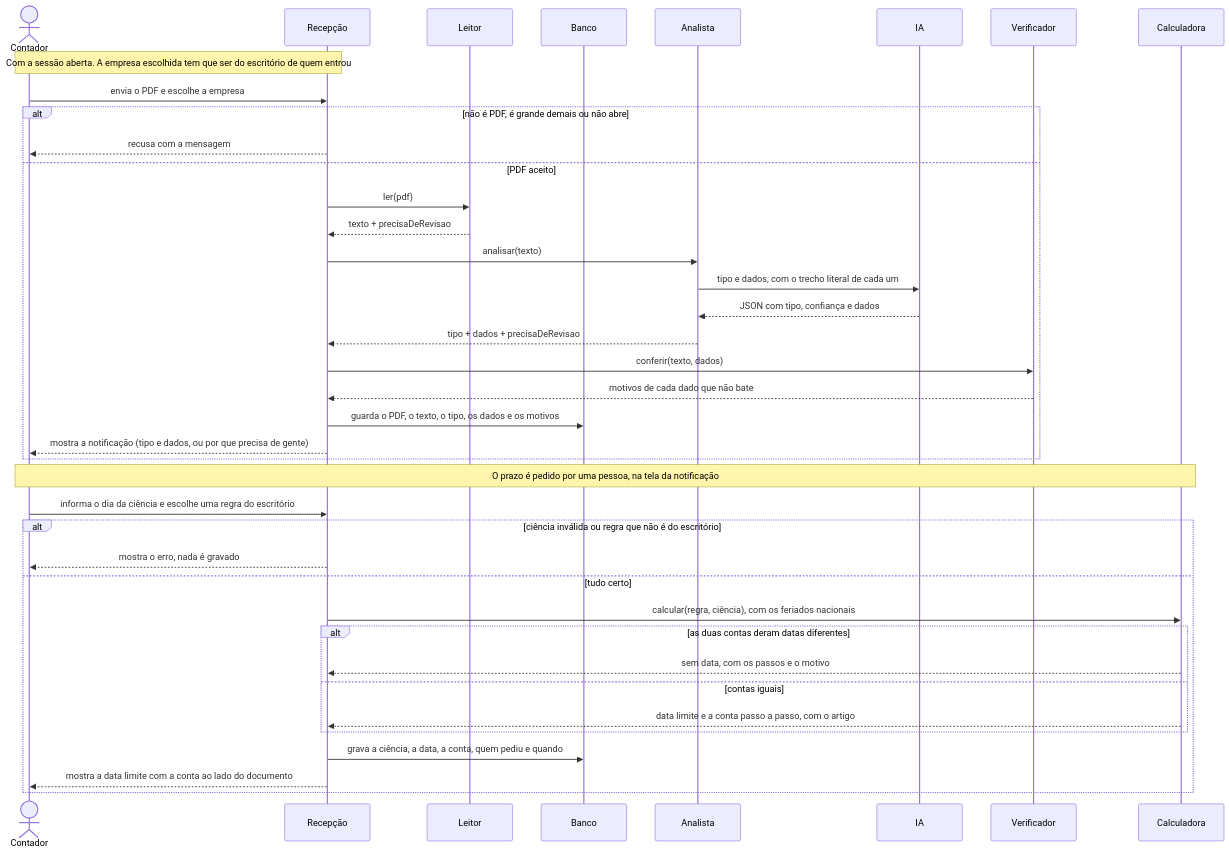
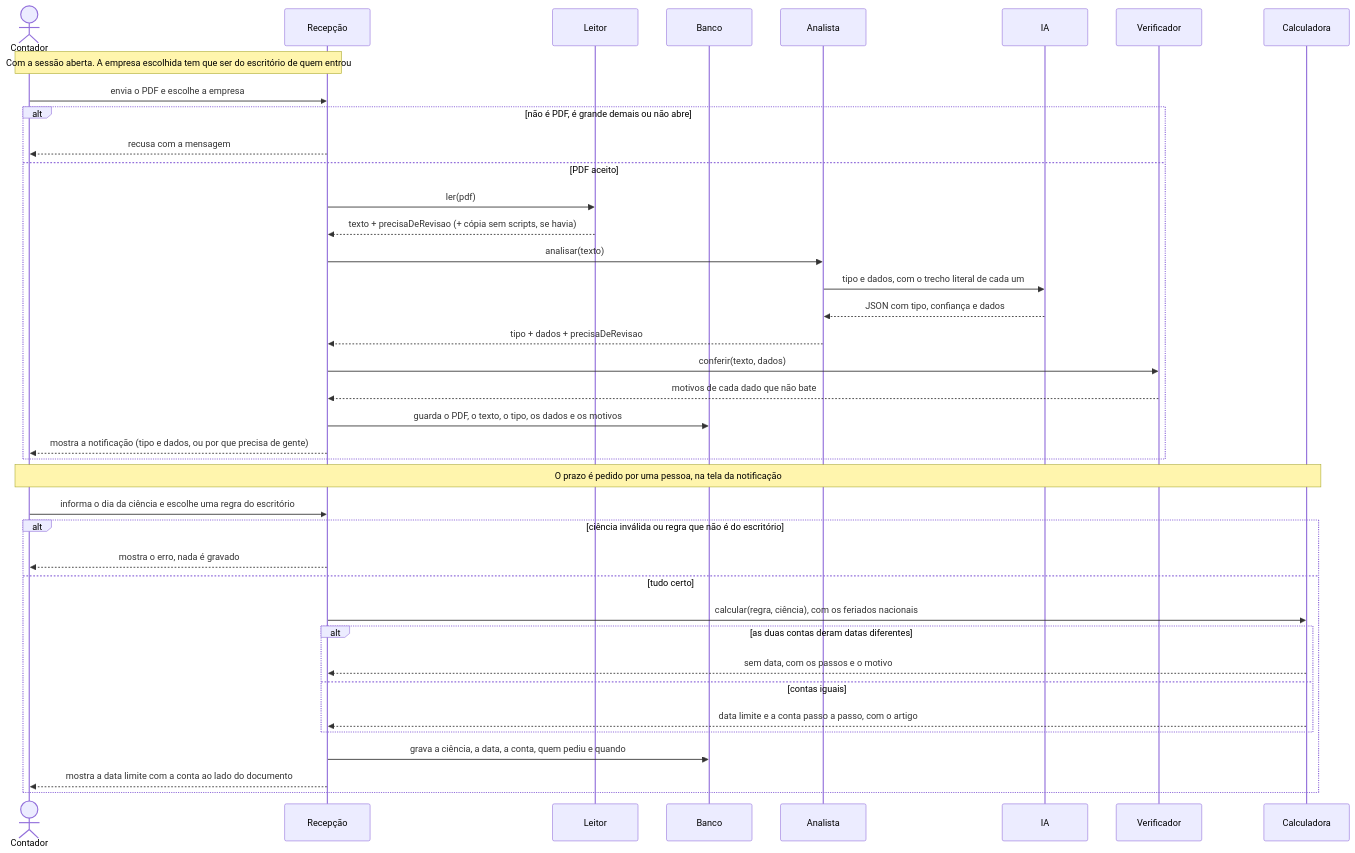
The sixth of 9 diagrams in docs/04-arquitetura/arquitetura.md (namtech-agents/atalaia), drawn with Mermaid before and after one commit. The commit also changed other lines of this file, not shown here.

Commit message:
docs: leitor num processo à parte, TiraScripts e V12 na arquitetura (#144)

````diff
--- a/docs/04-arquitetura/arquitetura.md
+++ b/docs/04-arquitetura/arquitetura.md
@@ -498,44 +510,44 @@
 ```mermaid
 sequenceDiagram
     actor Contador
     participant Recepcao as Recepção
     participant Leitor
     participant Banco
     participant Analista
     participant IA
     participant Verificador
     participant Calculadora
 
     Note over Contador,Recepcao: Com a sessão aberta. A empresa escolhida tem que ser do escritório de quem entrou
     Contador->>Recepcao: envia o PDF e escolhe a empresa
     alt não é PDF, é grande demais ou não abre
         Recepcao-->>Contador: recusa com a mensagem
     else PDF aceito
         Recepcao->>Leitor: ler(pdf)
-        Leitor-->>Recepcao: texto + precisaDeRevisao
+        Leitor-->>Recepcao: texto + precisaDeRevisao (+ cópia sem scripts, se havia)
         Recepcao->>Analista: analisar(texto)
         Analista->>IA: tipo e dados, com o trecho literal de cada um
         IA-->>Analista: JSON com tipo, confiança e dados
         Analista-->>Recepcao: tipo + dados + precisaDeRevisao
         Recepcao->>Verificador: conferir(texto, dados)
         Verificador-->>Recepcao: motivos de cada dado que não bate
         Recepcao->>Banco: guarda o PDF, o texto, o tipo, os dados e os motivos
         Recepcao-->>Contador: mostra a notificação (tipo e dados, ou por que precisa de gente)
     end
 
     Note over Contador,Calculadora: O prazo é pedido por uma pessoa, na tela da notificação
 
     Contador->>Recepcao: informa o dia da ciência e escolhe uma regra do escritório
     alt ciência inválida ou regra que não é do escritório
         Recepcao-->>Contador: mostra o erro, nada é gravado
     else tudo certo
         Recepcao->>Calculadora: calcular(regra, ciência), com os feriados nacionais
         alt as duas contas deram datas diferentes
             Calculadora-->>Recepcao: sem data, com os passos e o motivo
         else contas iguais
             Calculadora-->>Recepcao: data limite e a conta passo a passo, com o artigo
         end
         Recepcao->>Banco: grava a ciência, a data, a conta, quem pediu e quando
         Recepcao-->>Contador: mostra a data limite com a conta ao lado do documento
     end
 ```
````
